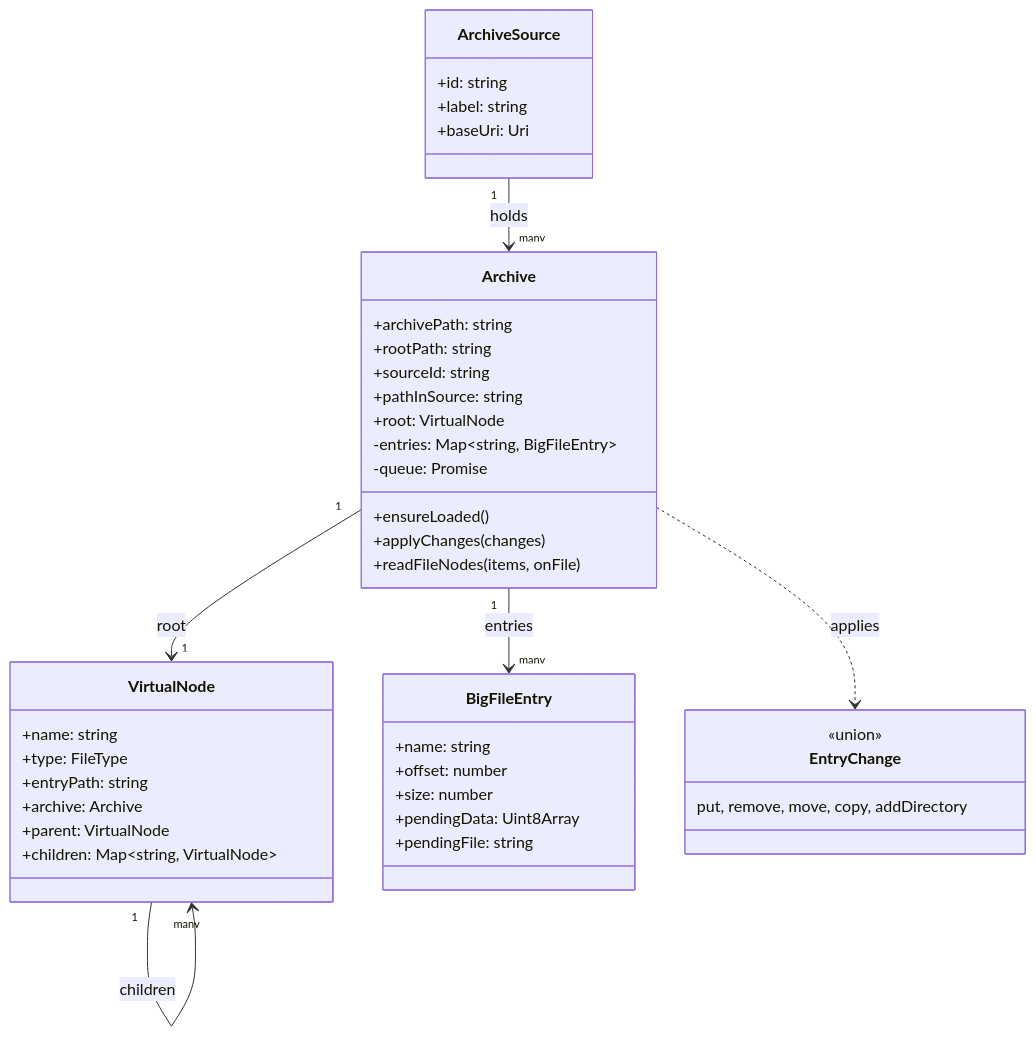
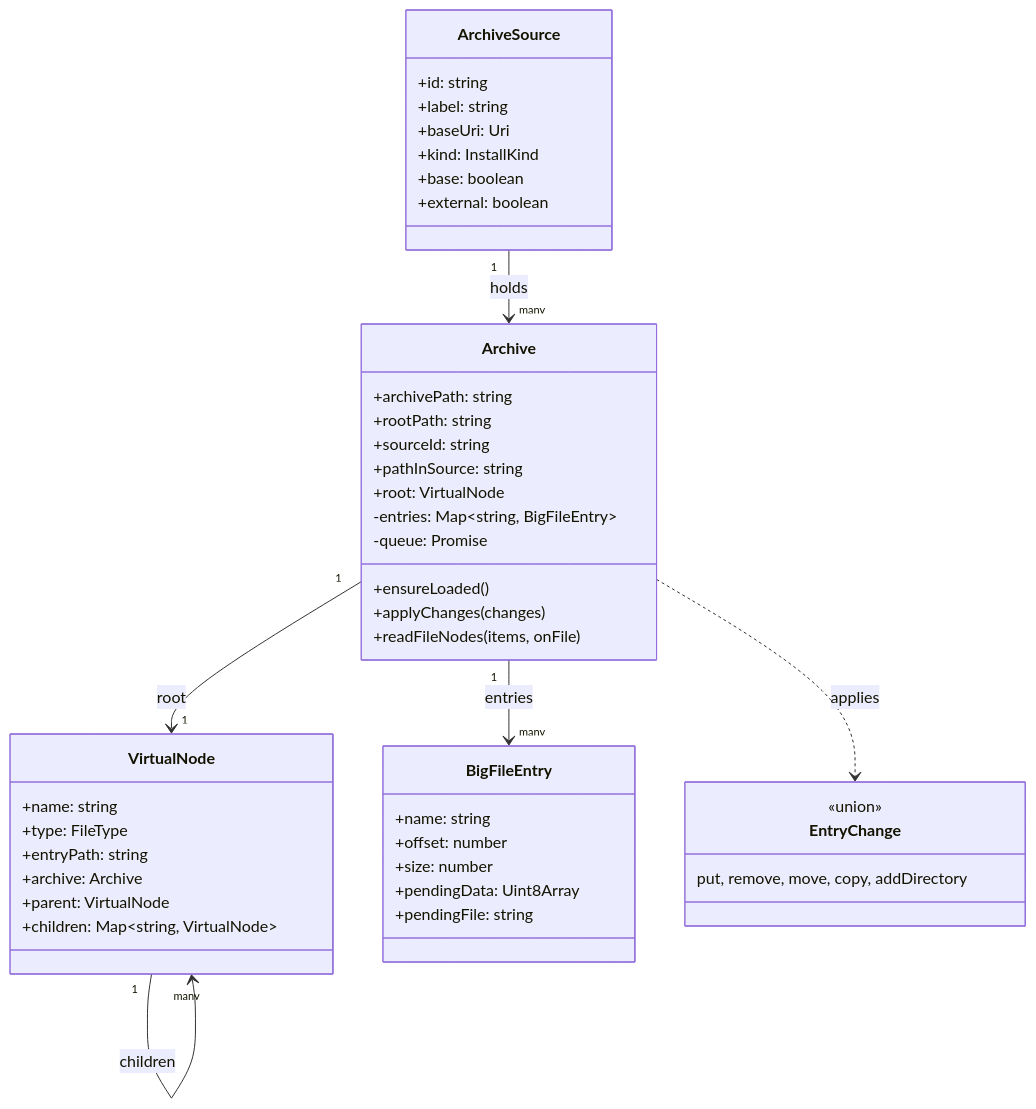
Before and after one commit to max-bronner/bigfs: the second of 6 diagrams in docs/architecture.md, drawn with Mermaid. The commit also changed other lines of this file and 1 other file, not shown here.

First line of the commit message:
docs: bring the architecture guide up to the current source layers

````diff
--- a/docs/architecture.md
+++ b/docs/architecture.md
@@ -112,49 +113,52 @@
 ```mermaid
 classDiagram
   class ArchiveSource {
     +id: string
     +label: string
     +baseUri: Uri
+    +kind: InstallKind
+    +base: boolean
+    +external: boolean
   }
 
   class Archive {
     +archivePath: string
     +rootPath: string
     +sourceId: string
     +pathInSource: string
     +root: VirtualNode
     -entries: Map~string, BigFileEntry~
     -queue: Promise
     +ensureLoaded()
     +applyChanges(changes)
     +readFileNodes(items, onFile)
   }
 
   class VirtualNode {
     +name: string
     +type: FileType
     +entryPath: string
     +archive: Archive
     +parent: VirtualNode
     +children: Map~string, VirtualNode~
   }
 
   class BigFileEntry {
     +name: string
     +offset: number
     +size: number
     +pendingData: Uint8Array
     +pendingFile: string
   }
 
   class EntryChange {
     <<union>>
     put, remove, move, copy, addDirectory
   }
 
   ArchiveSource "1" --> "many" Archive : holds
   Archive "1" --> "1" VirtualNode : root
   Archive "1" --> "many" BigFileEntry : entries
   VirtualNode "1" --> "many" VirtualNode : children
   Archive ..> EntryChange : applies
 ```
````
